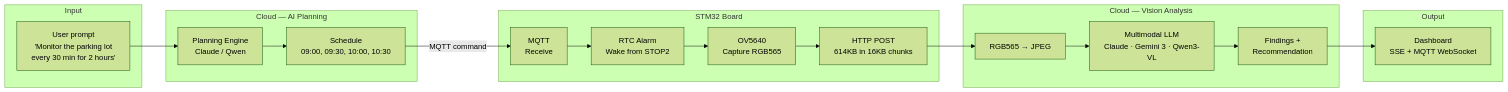
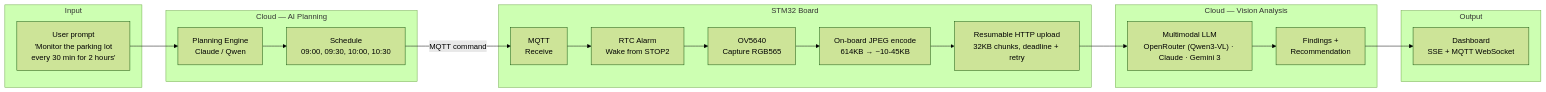
Before and after one commit to WhitehatD/hesperus: the first of 2 diagrams in README.md, drawn with Mermaid (forest theme). The commit also changed other lines of this file, not shown here.

First line of the commit message:
docs: reground README to today's upload pipeline + OpenRouter default

````diff
--- a/README.md
+++ b/README.md
@@ -63,36 +63,36 @@
 ```mermaid
 flowchart LR
     subgraph Input
         User["User prompt\n'Monitor the parking lot\nevery 30 min for 2 hours'"]
     end
 
     subgraph Planning ["Cloud — AI Planning"]
         Planner["Planning Engine\nClaude / Qwen"]
         Schedule["Schedule\n09:00, 09:30, 10:00, 10:30"]
         Planner --> Schedule
     end
 
     subgraph Edge ["STM32 Board"]
         MQTT_RX["MQTT\nReceive"]
         RTC["RTC Alarm\nWake from STOP2"]
         CAM["OV5640\nCapture RGB565"]
-        Upload["HTTP POST\n614KB in 16KB chunks"]
-        MQTT_RX --> RTC --> CAM --> Upload
+        JPEG["On-board JPEG encode\n614KB → ~10-45KB"]
+        Upload["Resumable HTTP upload\n32KB chunks, deadline + retry"]
+        MQTT_RX --> RTC --> CAM --> JPEG --> Upload
     end
 
     subgraph Analysis ["Cloud — Vision Analysis"]
-        Convert["RGB565 → JPEG"]
-        LLM["Multimodal LLM\nClaude · Gemini 3 · Qwen3-VL"]
+        LLM["Multimodal LLM\nOpenRouter (Qwen3-VL) · Claude · Gemini 3"]
         Result["Findings +\nRecommendation"]
-        Convert --> LLM --> Result
+        LLM --> Result
     end
 
     subgraph Output
         Dashboard["Dashboard\nSSE + MQTT WebSocket"]
     end
 
     User --> Planner
     Schedule -- "MQTT command" --> MQTT_RX
-    Upload --> Convert
+    Upload --> LLM
     Result --> Dashboard
 ```
````
